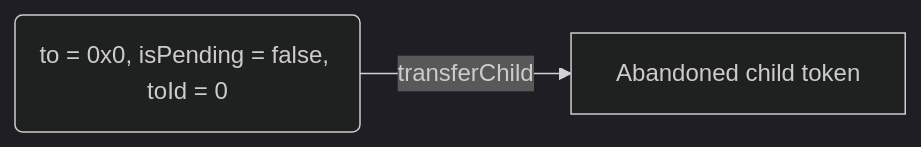
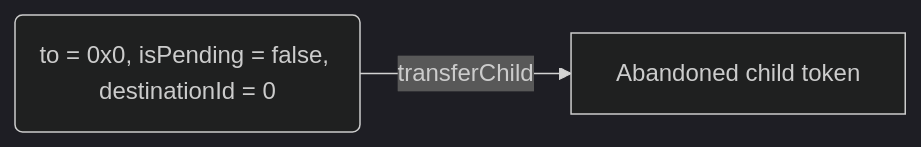
One commit to rmrk-team/NestingEIP changed the third of 6 diagrams in README.md. Above: the diagram before and after it, drawn with Mermaid (dark theme). The commit also changed other lines of this file, not shown here.

First line of the commit message:
Change toId to destinationId

````diff
--- a/README.md
+++ b/README.md
@@ -462,4 +462,4 @@
 ```mermaid
 graph LR
-    A(to = 0x0, isPending = false, toId = 0) -->|transferChild| B[Abandoned child token]
+    A(to = 0x0, isPending = false, destinationId = 0) -->|transferChild| B[Abandoned child token]
 ```
````
